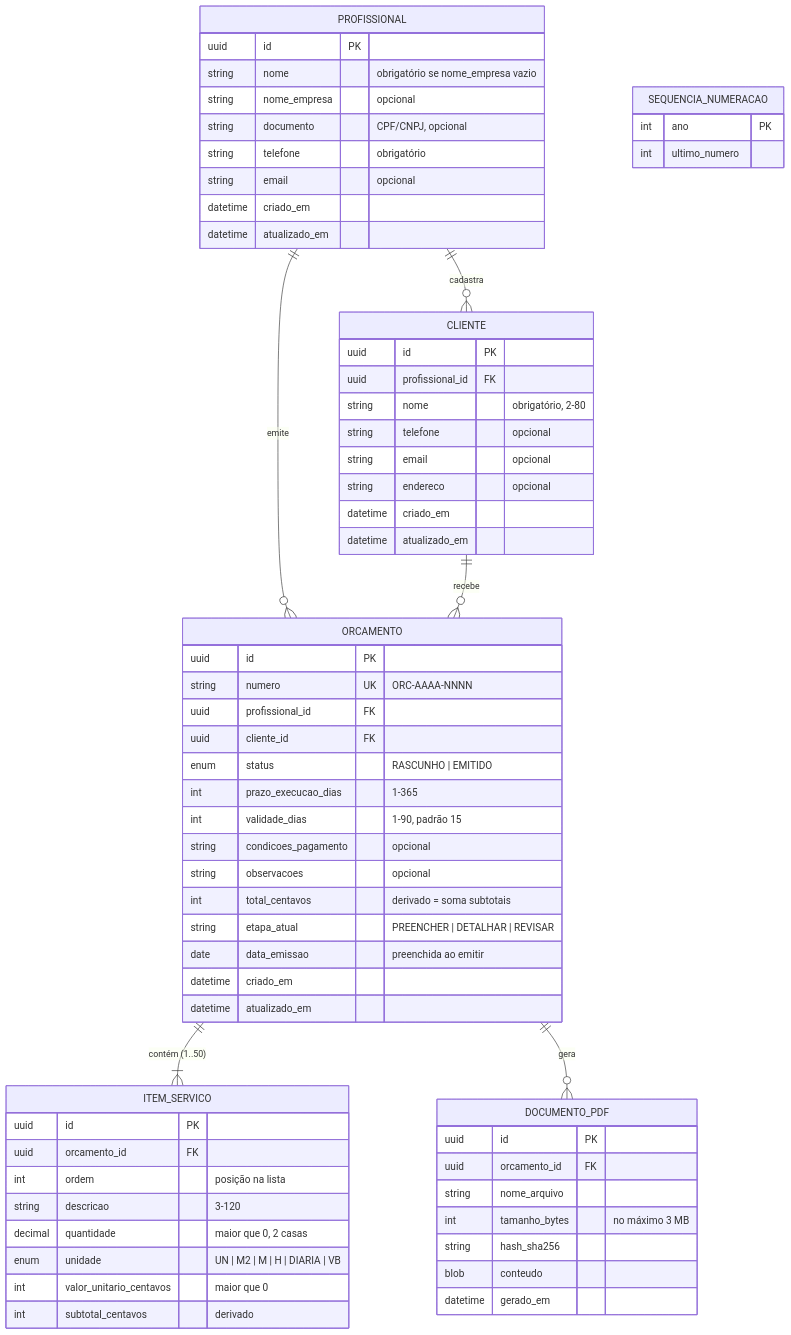
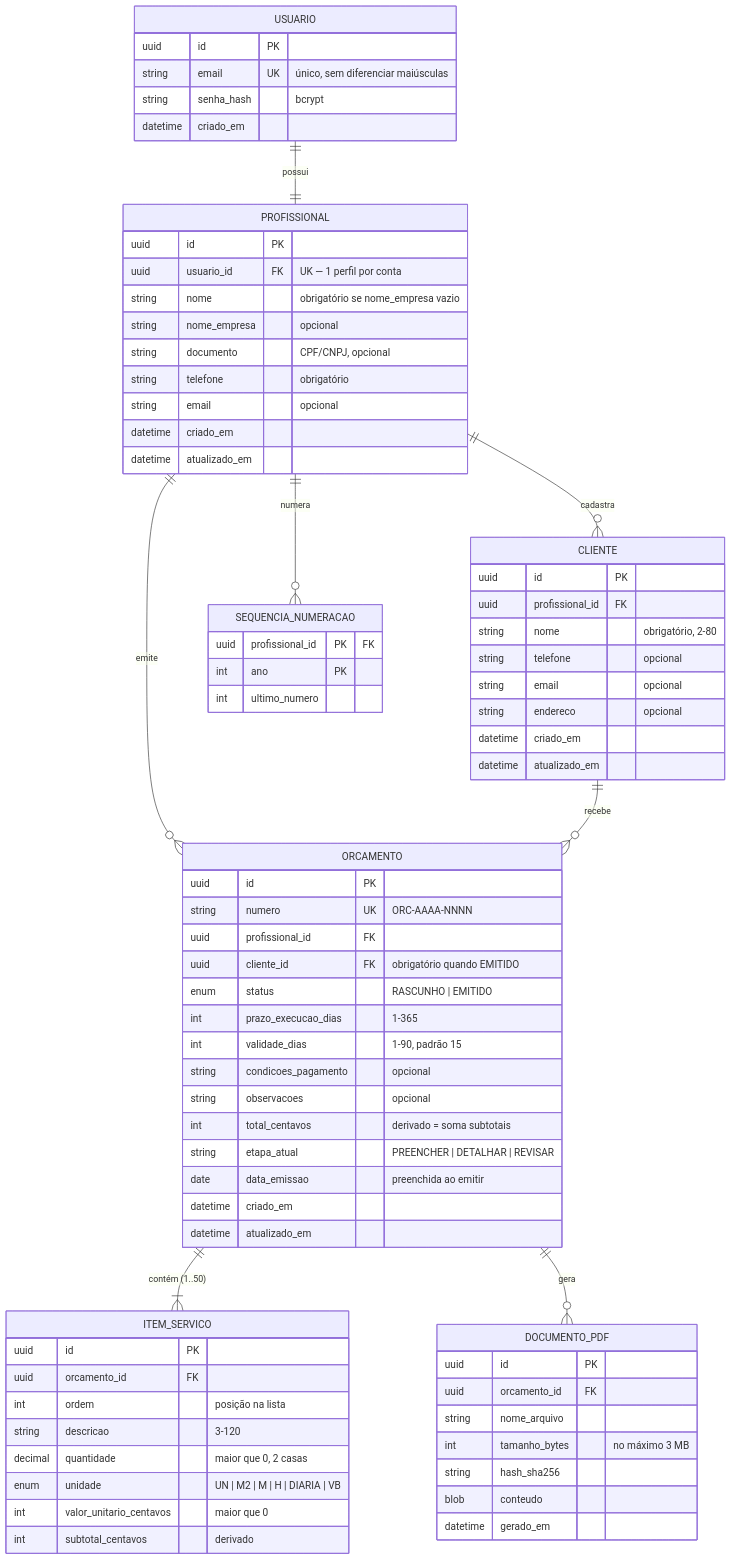
The diagram in docs/05-modelagem-dados.md (Lucas-Bobato/OrcaFacil), drawn with Mermaid before and after one commit. The commit also changed other lines of this file and 12 other files, not shown here.

````diff
--- a/docs/05-modelagem-dados.md
+++ b/docs/05-modelagem-dados.md
@@ -9,13 +11,23 @@
 ```mermaid
 erDiagram
+    USUARIO ||--|| PROFISSIONAL : "possui"
     PROFISSIONAL ||--o{ CLIENTE : "cadastra"
     PROFISSIONAL ||--o{ ORCAMENTO : "emite"
     CLIENTE ||--o{ ORCAMENTO : "recebe"
     ORCAMENTO ||--|{ ITEM_SERVICO : "contém (1..50)"
     ORCAMENTO ||--o{ DOCUMENTO_PDF : "gera"
+    PROFISSIONAL ||--o{ SEQUENCIA_NUMERACAO : "numera"
+
+    USUARIO {
+        uuid id PK
+        string email UK "único, sem diferenciar maiúsculas"
+        string senha_hash "bcrypt"
+        datetime criado_em
+    }
 
     PROFISSIONAL {
         uuid id PK
+        uuid usuario_id FK "UK — 1 perfil por conta"
         string nome "obrigatório se nome_empresa vazio"
         string nome_empresa "opcional"
         string documento "CPF/CNPJ, opcional"
@@ -40,7 +52,7 @@
         uuid id PK
         string numero UK "ORC-AAAA-NNNN"
         uuid profissional_id FK
-        uuid cliente_id FK
+        uuid cliente_id FK "obrigatório quando EMITIDO"
         enum status "RASCUNHO | EMITIDO"
         int prazo_execucao_dias "1-365"
         int validade_dias "1-90, padrão 15"
@@ -75,6 +87,7 @@
     }
 
     SEQUENCIA_NUMERACAO {
+        uuid profissional_id PK "FK"
         int ano PK
         int ultimo_numero
     }
````
